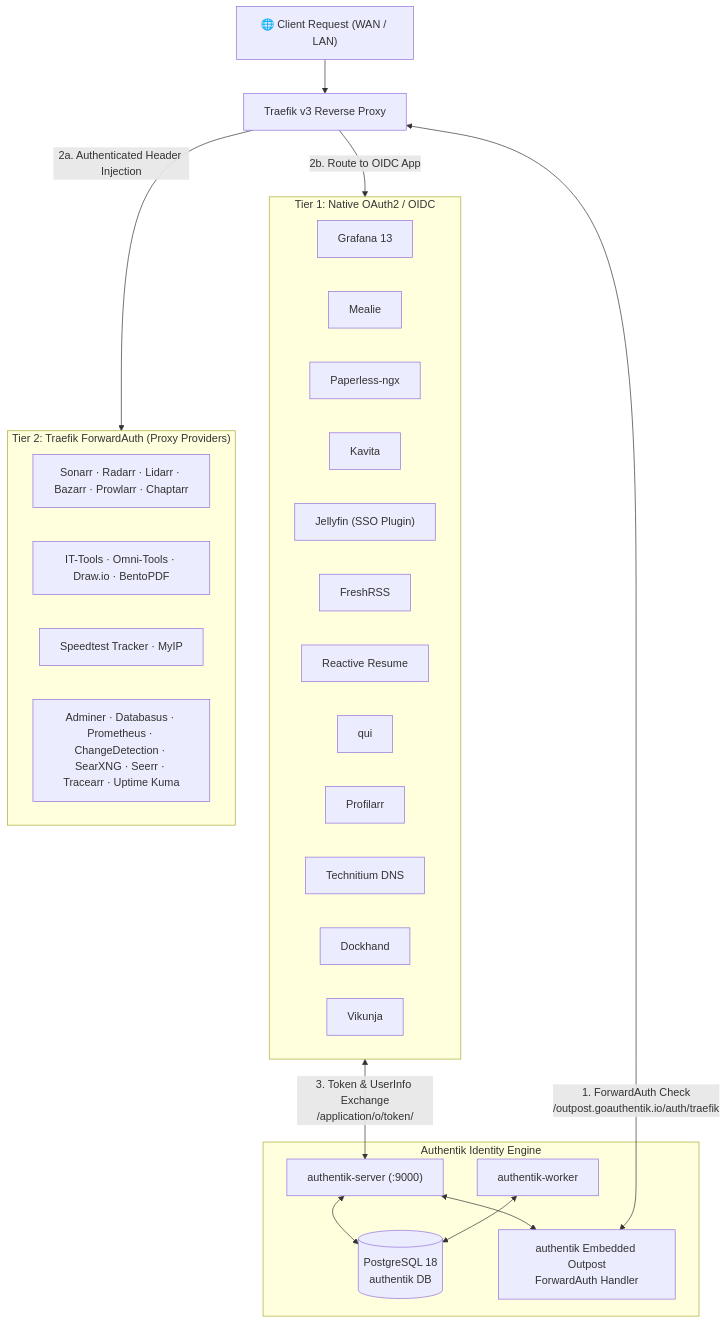
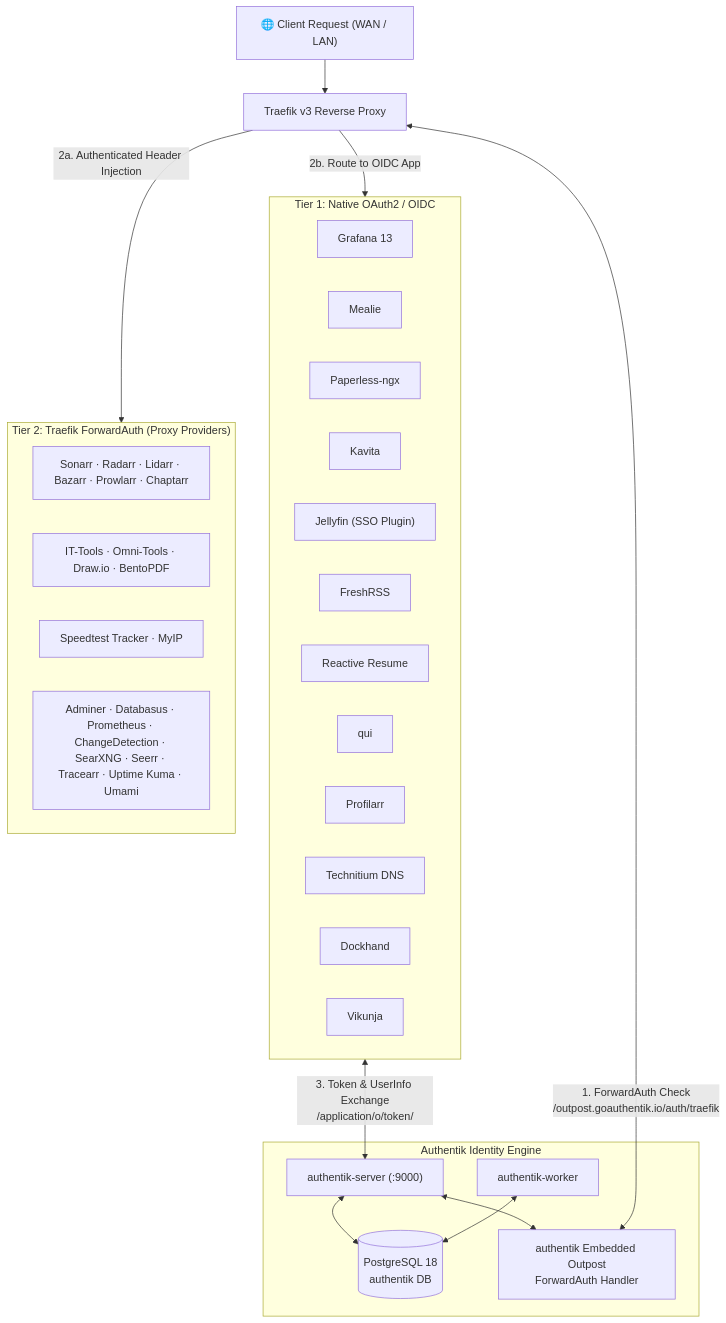
Before and after one commit to Dr20Ervin/205hlab: the diagram in compose/authentik/README.md, drawn with Mermaid. The commit also changed other lines of this file and 11 other files, not shown here.

Commit message:
feat(umami): add Umami v3 for privacy-first web analytics with hybrid telemetry architecture

````diff
--- a/compose/authentik/README.md
+++ b/compose/authentik/README.md
@@ -18,43 +18,43 @@
 ```mermaid
 flowchart TD
     WAN["🌐 Client Request (WAN / LAN)"] --> Traefik["Traefik v3 Reverse Proxy"]
 
     subgraph AuthentikCore ["Authentik Identity Engine"]
         Server["authentik-server (:9000)"]
         Worker["authentik-worker"]
         Postgres[("PostgreSQL 18<br/>authentik DB")]
         Outpost["authentik Embedded Outpost<br/>ForwardAuth Handler"]
         
         Server <--> Postgres
         Worker <--> Postgres
         Server <--> Outpost
     end
 
     Traefik <-->|1. ForwardAuth Check<br/>/outpost.goauthentik.io/auth/traefik| Outpost
 
     subgraph NativeOIDC ["Tier 1: Native OAuth2 / OIDC"]
         Grafana["Grafana 13"]
         Mealie["Mealie"]
         Paperless["Paperless-ngx"]
         Kavita["Kavita"]
         Jellyfin["Jellyfin (SSO Plugin)"]
         FreshRSS["FreshRSS"]
         Resume["Reactive Resume"]
         Qui["qui"]
         Profilarr["Profilarr"]
         Technitium["Technitium DNS"]
         Dockhand["Dockhand"]
         Vikunja["Vikunja"]
     end
 
     subgraph ProxyAuth ["Tier 2: Traefik ForwardAuth (Proxy Providers)"]
         Servarr["Sonarr · Radarr · Lidarr · Bazarr · Prowlarr · Chaptarr"]
         WebTools["IT-Tools · Omni-Tools · Draw.io · BentoPDF"]
         NetMon["Speedtest Tracker · MyIP"]
-        InternalOps["Adminer · Databasus · Prometheus · ChangeDetection · SearXNG · Seerr · Tracearr · Uptime Kuma"]
+        InternalOps["Adminer · Databasus · Prometheus · ChangeDetection · SearXNG · Seerr · Tracearr · Uptime Kuma · Umami"]
     end
 
     Traefik -->|2a. Authenticated Header Injection| ProxyAuth
     Traefik -->|2b. Route to OIDC App| NativeOIDC
     NativeOIDC <-->|3. Token & UserInfo Exchange<br/>/application/o/token/| Server
 ```
````
